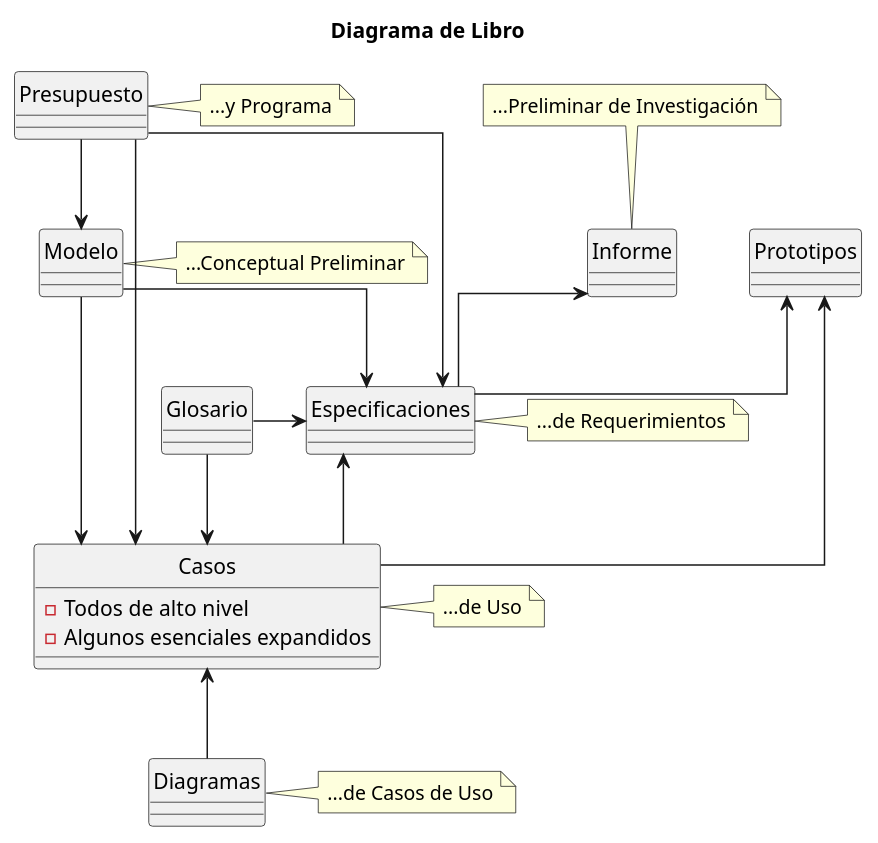
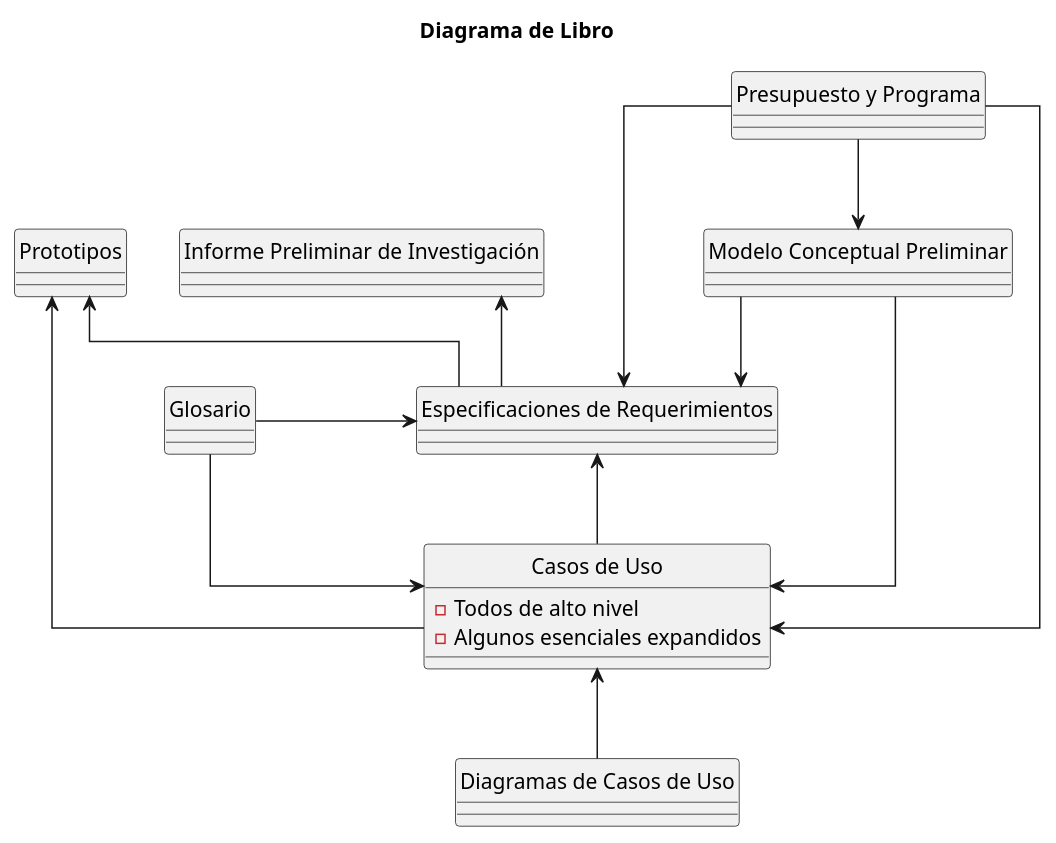
Before and after one commit to zherar7ordoya/AP5: the diagram in (EndGame)/MDS.puml, drawn with PlantUML. The commit also changed 5 other files, not shown here.

```diff
--- a/(EndGame)/MDS.puml
+++ b/(EndGame)/MDS.puml
@@ -1,58 +1,50 @@
 @startuml MDS
 
 ' skin rose
 ' skinparam classFontName Calibri
 ' skinparam shadowing false
 hide circle
 skinparam linetype ortho
 
 title Diagrama de Libro
 
-class Informe
-note top of Informe: ...Preliminar de Investigación
+class "Informe Preliminar de Investigación"
 
 class Prototipos
 
-class Presupuesto
-note right of Presupuesto: ...y Programa
+class "Presupuesto y Programa"
 
-'---
+class "Especificaciones de Requerimientos"
 
-class Especificaciones
-note right of Especificaciones: ...de Requerimientos
-
-class Casos
+class "Casos de Uso"
 {
     -Todos de alto nivel
     -Algunos esenciales expandidos
 }
-note right of Casos: ...de Uso
 
-class Diagramas
-note right of Diagramas: ...de Casos de Uso
+class "Diagramas de Casos de Uso"
 
-class Modelo
-note right of Modelo: ...Conceptual Preliminar
+class "Modelo Conceptual Preliminar"
 
 class Glosario
 
-Informe <-- Especificaciones
+"Informe Preliminar de Investigación" <-- "Especificaciones de Requerimientos"
 
-Prototipos <-- Especificaciones
-Prototipos <-- Casos
+Prototipos <-- "Especificaciones de Requerimientos"
+Prototipos <-- "Casos de Uso"
 
-Presupuesto --> Especificaciones
-Presupuesto --> Casos
-Presupuesto --> Modelo
+"Presupuesto y Programa" --> "Especificaciones de Requerimientos"
+"Presupuesto y Programa" --> "Casos de Uso"
+"Presupuesto y Programa" --> "Modelo Conceptual Preliminar"
 
-Especificaciones <-- Casos
-Casos <-- Diagramas
+"Especificaciones de Requerimientos" <-- "Casos de Uso"
+"Casos de Uso" <-- "Diagramas de Casos de Uso"
 
-Modelo --> Casos
-Modelo --> Especificaciones
+"Modelo Conceptual Preliminar" --> "Casos de Uso"
+"Modelo Conceptual Preliminar" --> "Especificaciones de Requerimientos"
 
-Glosario -> Casos
-Glosario -> Especificaciones
+Glosario -> "Casos de Uso"
+Glosario -> "Especificaciones de Requerimientos"
 
 
 @enduml
```
